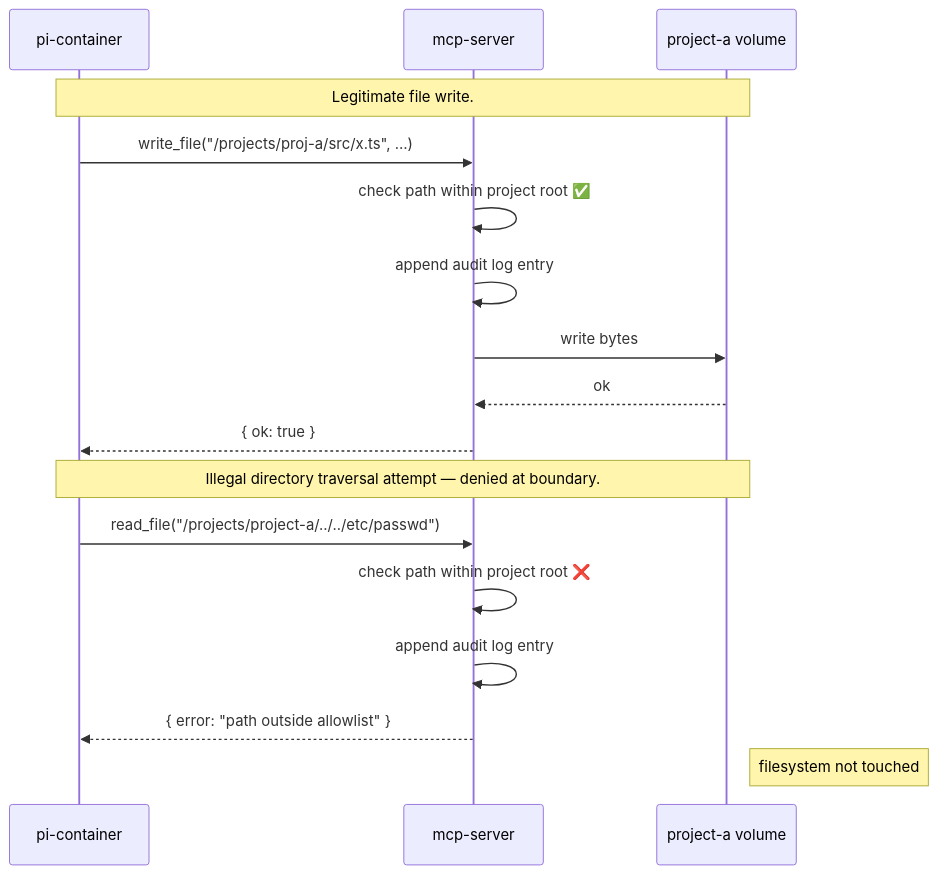
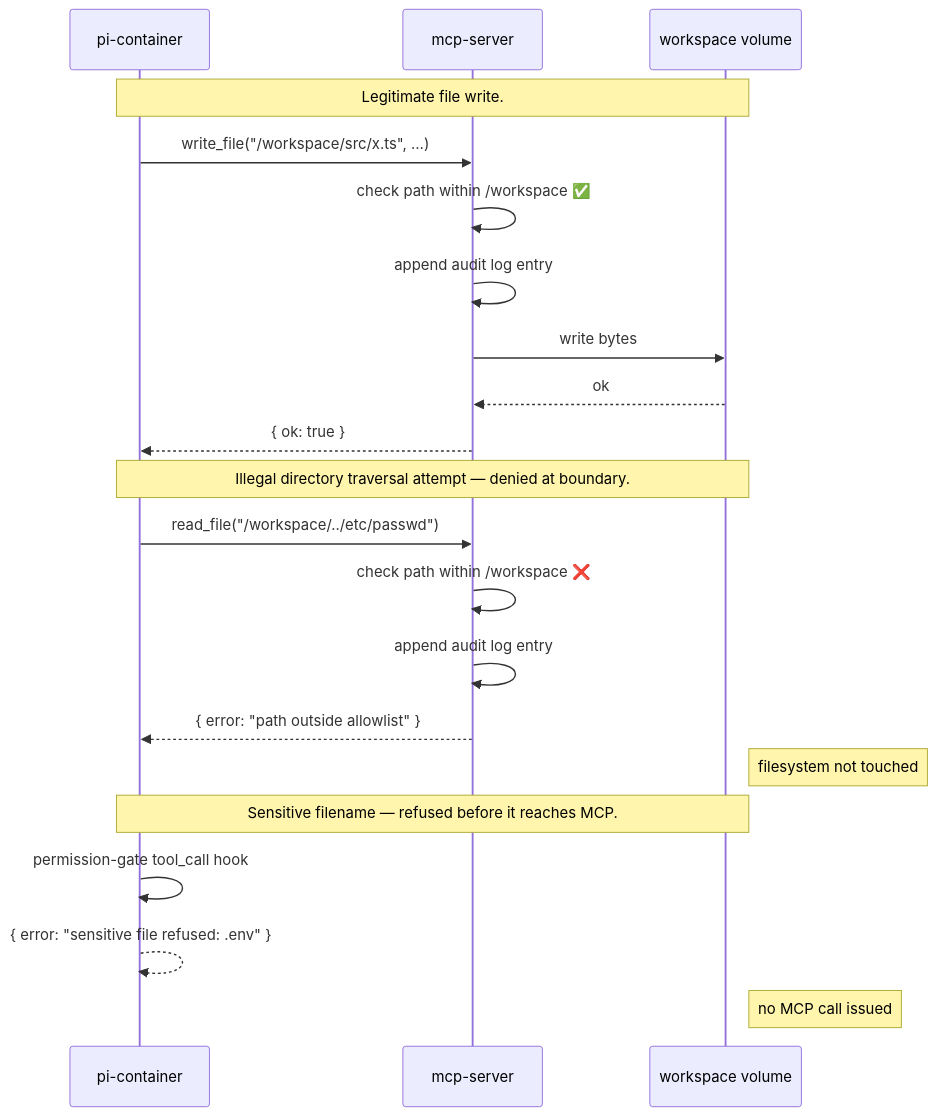
One commit to kieranpotts/genie changed the second of 4 diagrams in docs/solution.md. Above: the diagram before and after it, drawn with Mermaid. The commit also changed other lines of this file and 12 other files, not shown here.

````diff
--- a/docs/solution.md
+++ b/docs/solution.md
@@ -116,21 +134,26 @@
 ```mermaid
 sequenceDiagram
   participant Pi as pi-container
   participant MCP as mcp-server
-  participant FS as project-a volume
+  participant FS as workspace volume
 
   Note over Pi,FS: Legitimate file write.
-  Pi->>MCP: write_file("/projects/proj-a/src/x.ts", …)
-  MCP->>MCP: check path within project root ✅
+  Pi->>MCP: write_file("/workspace/src/x.ts", …)
+  MCP->>MCP: check path within /workspace ✅
   MCP->>MCP: append audit log entry
   MCP->>FS: write bytes
   FS-->>MCP: ok
   MCP-->>Pi: { ok: true }
 
   Note over Pi,FS: Illegal directory traversal attempt — denied at boundary.
-  Pi->>MCP: read_file("/projects/project-a/../../etc/passwd")
-  MCP->>MCP: check path within project root ❌
+  Pi->>MCP: read_file("/workspace/../etc/passwd")
+  MCP->>MCP: check path within /workspace ❌
   MCP->>MCP: append audit log entry
   MCP-->>Pi: { error: "path outside allowlist" }
   Note right of FS: filesystem not touched
+
+  Note over Pi,FS: Sensitive filename — refused before it reaches MCP.
+  Pi->>Pi: permission-gate tool_call hook
+  Pi-->>Pi: { error: "sensitive file refused: .env" }
+  Note right of FS: no MCP call issued
 ```
````
